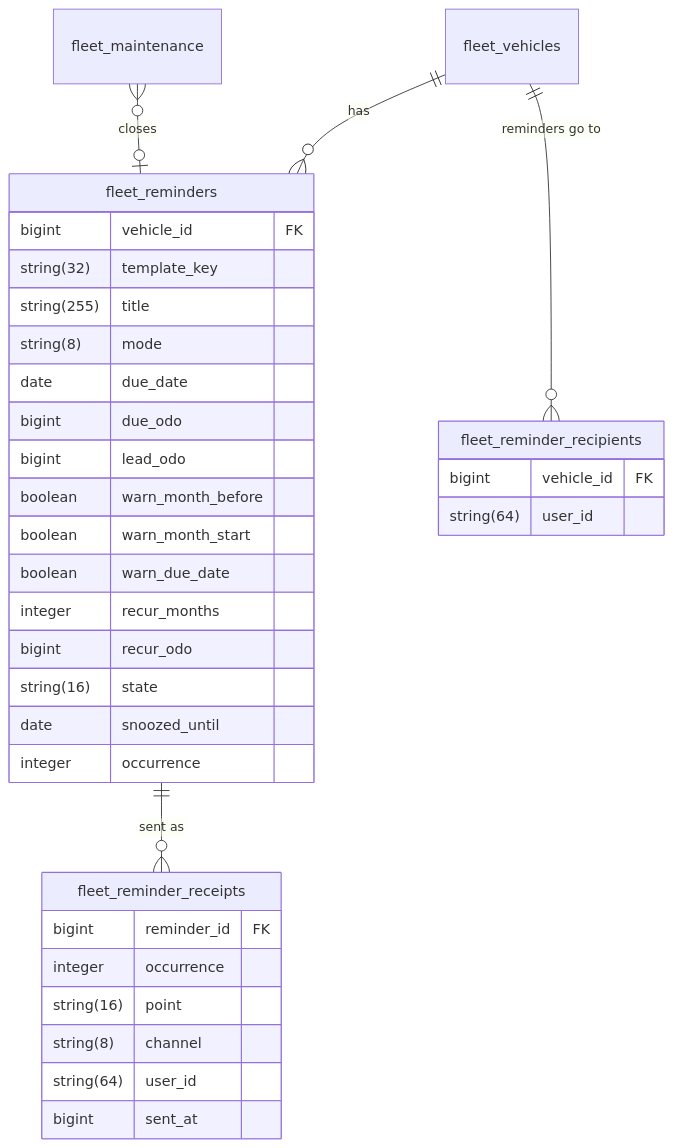
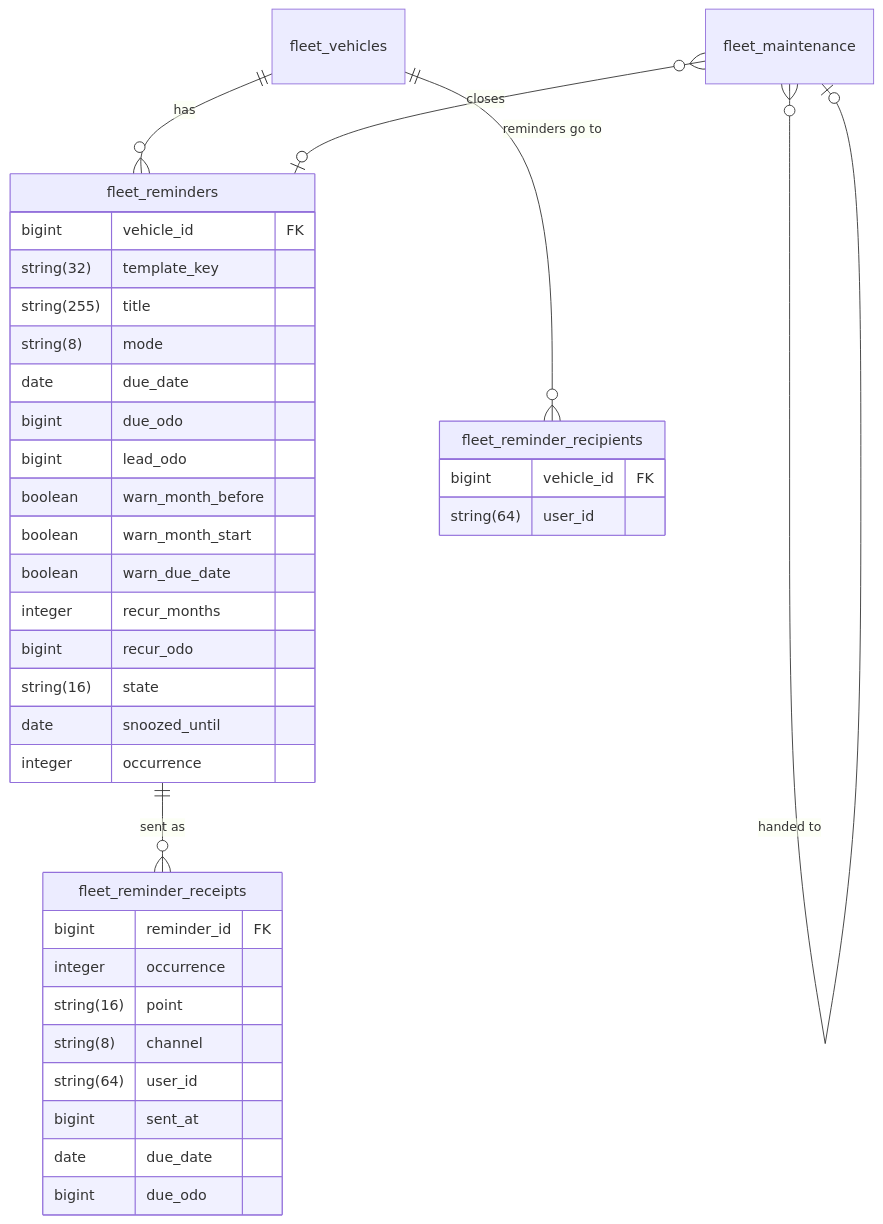
Before and after one commit to typical42/next-fleet: the third of 5 diagrams in docs/design/data-model.md, drawn with Mermaid. The commit also changed other lines of this file and 53 other files, not shown here.

````diff
--- a/docs/design/data-model.md
+++ b/docs/design/data-model.md
@@ -160,37 +172,40 @@
 ```mermaid
 erDiagram
     fleet_vehicles ||--o{ fleet_reminders : "has"
     fleet_vehicles ||--o{ fleet_reminder_recipients : "reminders go to"
     fleet_maintenance }o--o| fleet_reminders : "closes"
+    fleet_maintenance }o--o| fleet_maintenance : "handed to"
     fleet_reminders ||--o{ fleet_reminder_receipts : "sent as"
 
     fleet_reminders {
         bigint vehicle_id FK
         string(32) template_key
         string(255) title
         string(8) mode
         date due_date
         bigint due_odo
         bigint lead_odo
         boolean warn_month_before
         boolean warn_month_start
         boolean warn_due_date
         integer recur_months
         bigint recur_odo
         string(16) state
         date snoozed_until
         integer occurrence
     }
     fleet_reminder_receipts {
         bigint reminder_id FK
         integer occurrence
         string(16) point
         string(8) channel
         string(64) user_id
         bigint sent_at
+        date due_date
+        bigint due_odo
     }
     fleet_reminder_recipients {
         bigint vehicle_id FK
         string(64) user_id
     }
 ```
````
